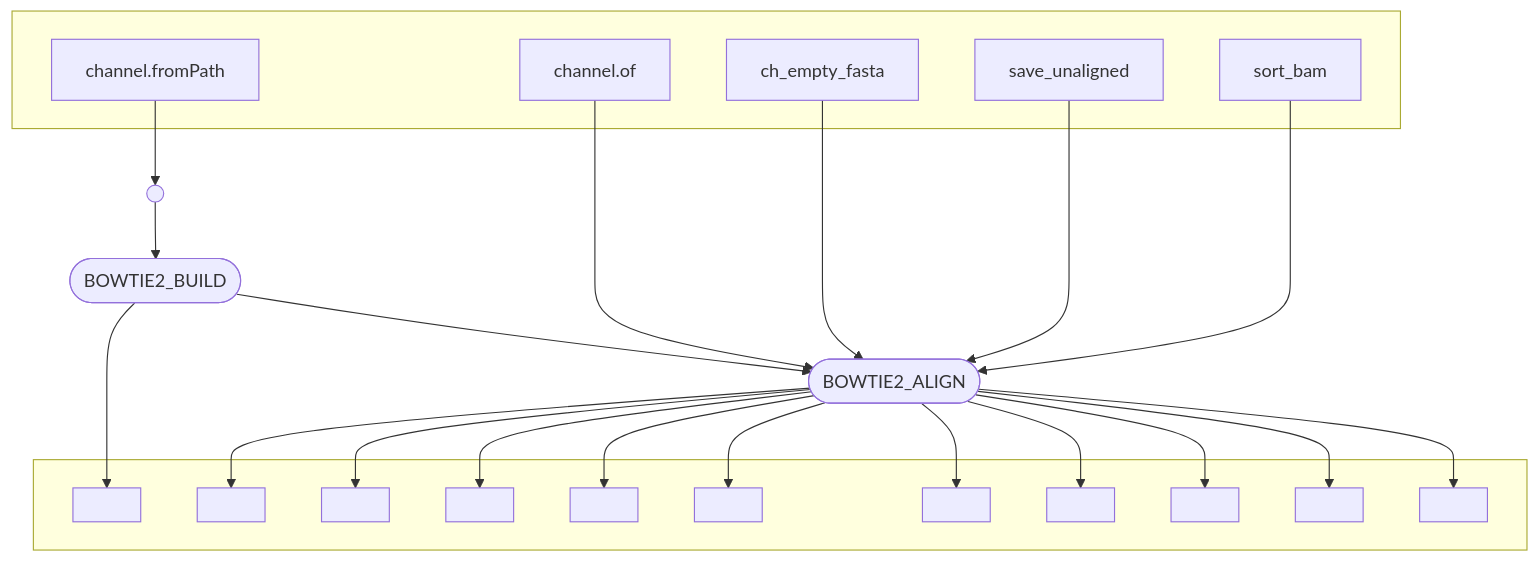
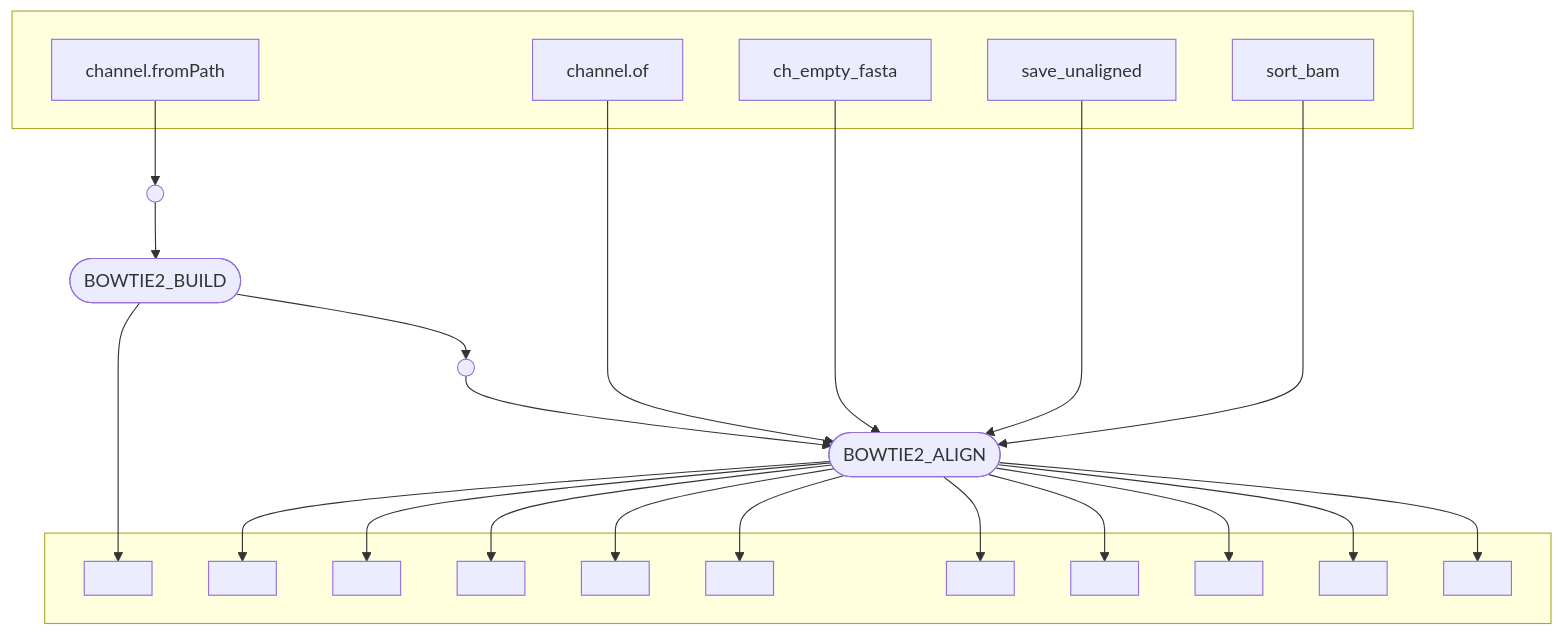
Before and after one commit to dxsbiocc/phi: the diagram in resources/wrappers/modules/nf-core/bowtie2/align/wrapper/dag.mmd, drawn with Mermaid. The commit also changed 34 other files, not shown here.

```diff
--- a/resources/wrappers/modules/nf-core/bowtie2/align/wrapper/dag.mmd
+++ b/resources/wrappers/modules/nf-core/bowtie2/align/wrapper/dag.mmd
@@ -1,42 +1,44 @@
 flowchart TB
     subgraph " "
     v0["channel.fromPath"]
-    v4["channel.of"]
-    v5["ch_empty_fasta"]
-    v6["save_unaligned"]
-    v7["sort_bam"]
+    v5["channel.of"]
+    v6["ch_empty_fasta"]
+    v7["save_unaligned"]
+    v8["sort_bam"]
     end
     v2(["BOWTIE2_BUILD"])
     subgraph " "
     v3[" "]
-    v9[" "]
     v10[" "]
     v11[" "]
     v12[" "]
     v13[" "]
     v14[" "]
     v15[" "]
     v16[" "]
     v17[" "]
     v18[" "]
+    v19[" "]
     end
-    v8(["BOWTIE2_ALIGN"])
+    v9(["BOWTIE2_ALIGN"])
     v1(( ))
+    v4(( ))
     v0 --> v1
     v1 --> v2
-    v2 --> v8
     v2 --> v3
-    v4 --> v8
-    v5 --> v8
-    v6 --> v8
-    v7 --> v8
-    v8 --> v18
-    v8 --> v17
-    v8 --> v16
-    v8 --> v15
-    v8 --> v14
-    v8 --> v13
-    v8 --> v12
-    v8 --> v11
-    v8 --> v10
+    v2 --> v4
+    v5 --> v9
+    v6 --> v9
+    v7 --> v9
     v8 --> v9
+    v4 --> v9
+    v9 --> v19
+    v9 --> v18
+    v9 --> v17
+    v9 --> v16
+    v9 --> v15
+    v9 --> v14
+    v9 --> v13
+    v9 --> v12
+    v9 --> v11
+    v9 --> v10
```
